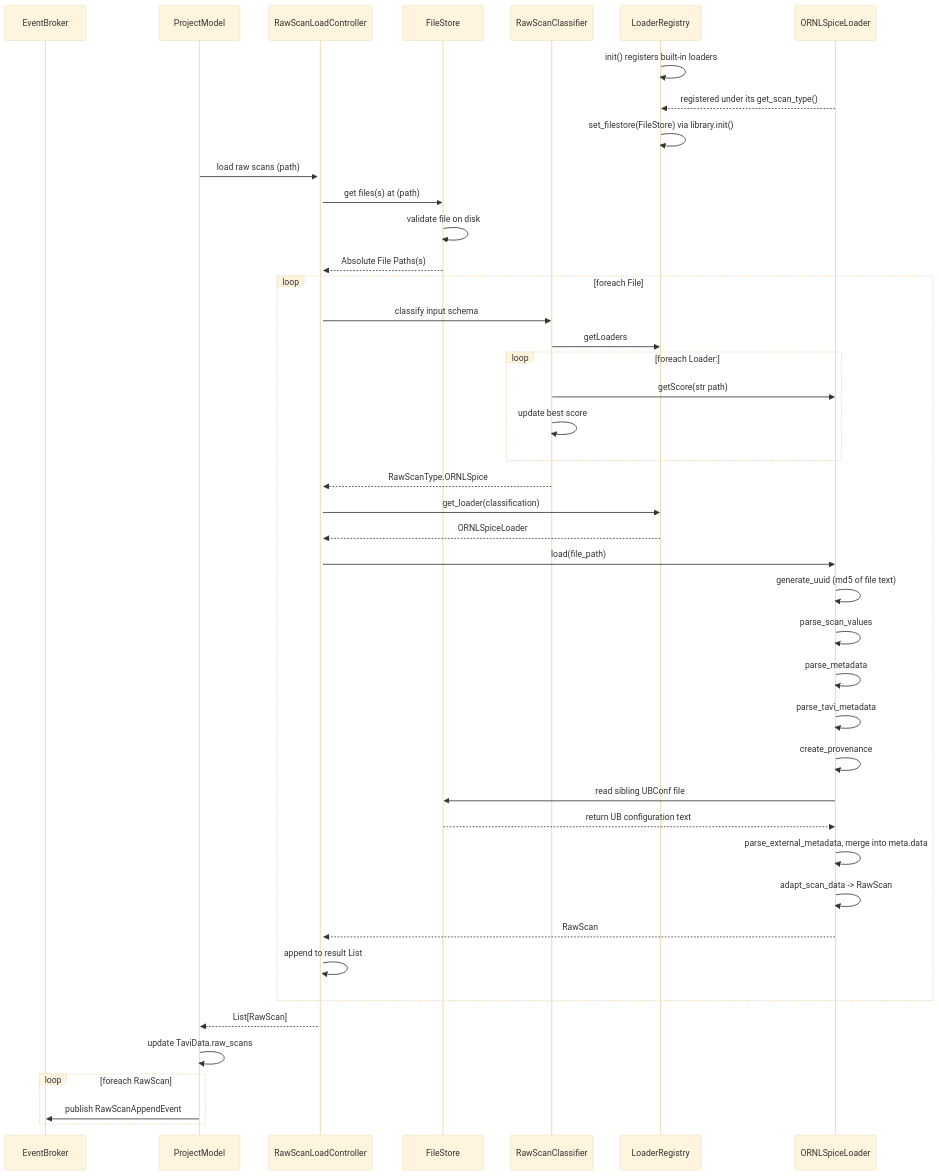
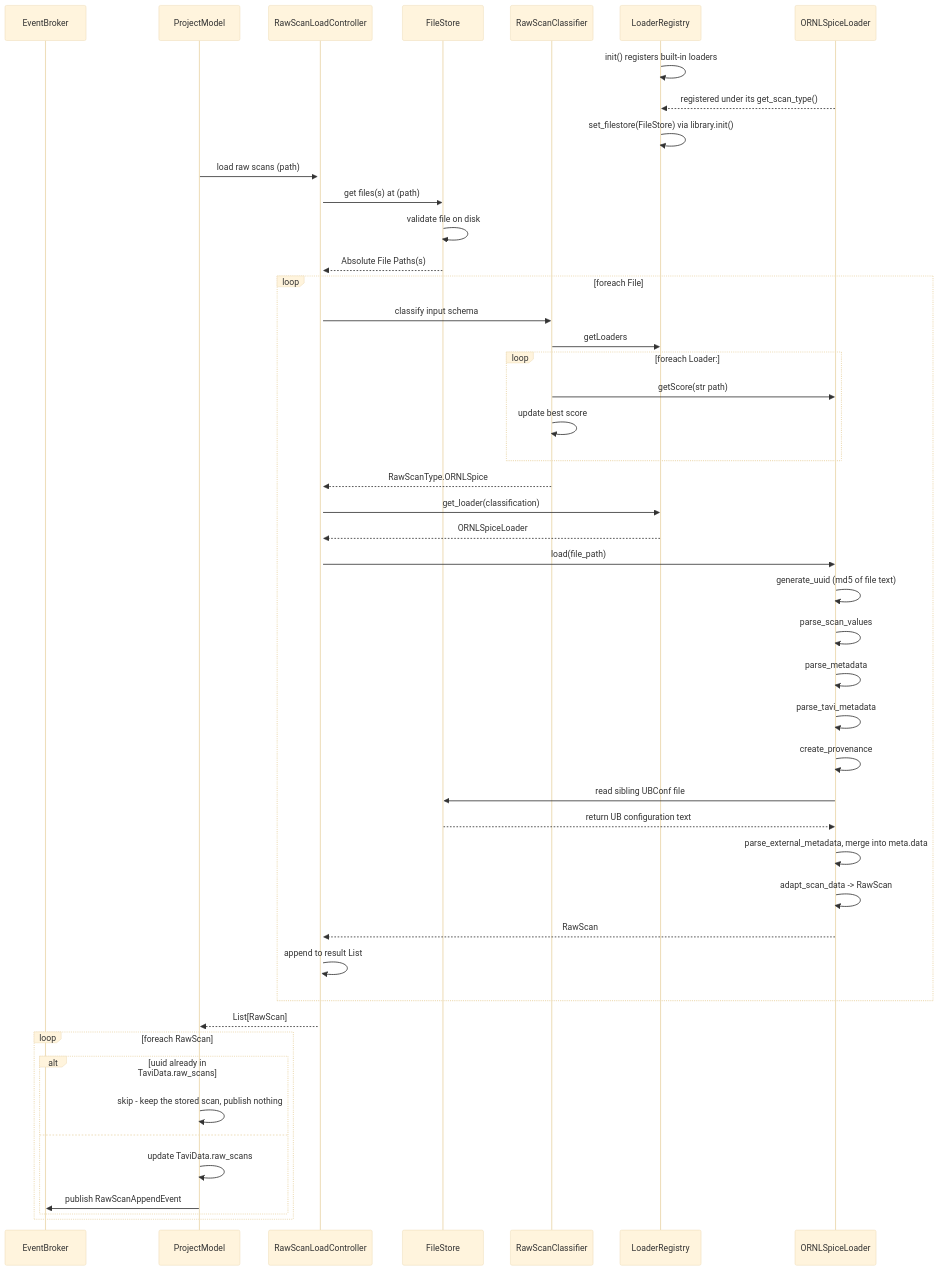
One commit to neutrons/TAVI changed the first of 3 diagrams in docs/source/design/load/raw_scan_sequence_diagrams.rst. Above: the diagram before and after it, drawn with Mermaid (base theme). The commit also changed other lines of this file and 2 other files, not shown here.

```diff
--- a/docs/source/design/load/raw_scan_sequence_diagrams.rst
+++ b/docs/source/design/load/raw_scan_sequence_diagrams.rst
@@ -7,47 +7,51 @@
 .. mermaid::
 
     sequenceDiagram
         participant EventBroker
         participant ProjectModel
         participant RawScanLoadController
         participant FileStore
         participant RawScanClassifier
         participant LoaderRegistry
         participant ORNLSpiceLoader
         LoaderRegistry ->> LoaderRegistry: init() registers built-in loaders
         ORNLSpiceLoader -->> LoaderRegistry: registered under its get_scan_type()
         LoaderRegistry ->> LoaderRegistry: set_filestore(FileStore) via library.init()
         ProjectModel ->>+RawScanLoadController: load raw scans (path)
         RawScanLoadController ->>FileStore: get files(s) at (path)
         FileStore ->>FileStore: validate file on disk
         FileStore -->> RawScanLoadController: Absolute File Paths(s)
         loop foreach File
             RawScanLoadController ->> RawScanClassifier: classify input schema
             RawScanClassifier ->> LoaderRegistry: getLoaders
             loop foreach Loader:
                 RawScanClassifier ->> ORNLSpiceLoader: getScore(str path)
                 RawScanClassifier ->> RawScanClassifier: update best score
             end
             RawScanClassifier -->> RawScanLoadController: RawScanType.ORNLSpice
 
             RawScanLoadController ->> LoaderRegistry: get_loader(classification)
             LoaderRegistry -->> RawScanLoadController: ORNLSpiceLoader
             RawScanLoadController ->> ORNLSpiceLoader: load(file_path)
 
             ORNLSpiceLoader ->> ORNLSpiceLoader: generate_uuid (md5 of file text)
             ORNLSpiceLoader ->> ORNLSpiceLoader: parse_scan_values
             ORNLSpiceLoader ->> ORNLSpiceLoader: parse_metadata
             ORNLSpiceLoader ->> ORNLSpiceLoader: parse_tavi_metadata
             ORNLSpiceLoader ->> ORNLSpiceLoader: create_provenance
             ORNLSpiceLoader ->> FileStore: read sibling UBConf file
             FileStore -->> ORNLSpiceLoader: return UB configuration text
             ORNLSpiceLoader ->> ORNLSpiceLoader: parse_external_metadata, merge into meta.data
             ORNLSpiceLoader ->> ORNLSpiceLoader: adapt_scan_data -> RawScan
             ORNLSpiceLoader -->> RawScanLoadController: RawScan
             RawScanLoadController ->>RawScanLoadController: append to result List
         end
         RawScanLoadController -->>ProjectModel: List[RawScan]
-        ProjectModel ->> ProjectModel : update TaviData.raw_scans
         loop foreach RawScan
-            ProjectModel ->> EventBroker : publish RawScanAppendEvent
+            alt uuid already in TaviData.raw_scans
+                ProjectModel ->> ProjectModel : skip - keep the stored scan, publish nothing
+            else
+                ProjectModel ->> ProjectModel : update TaviData.raw_scans
+                ProjectModel ->> EventBroker : publish RawScanAppendEvent
+            end
         end
```
